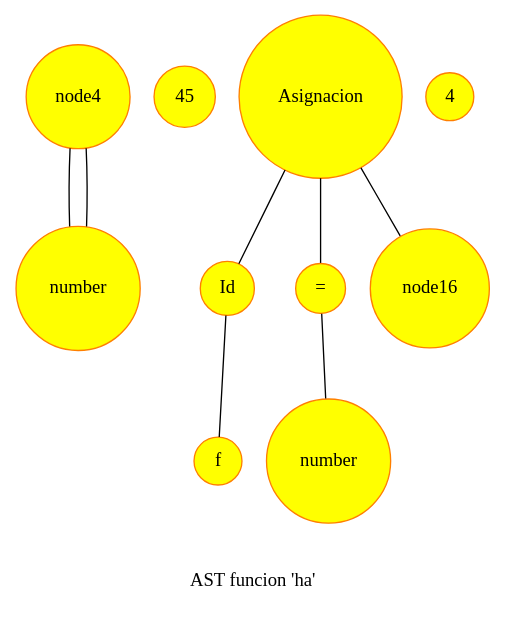
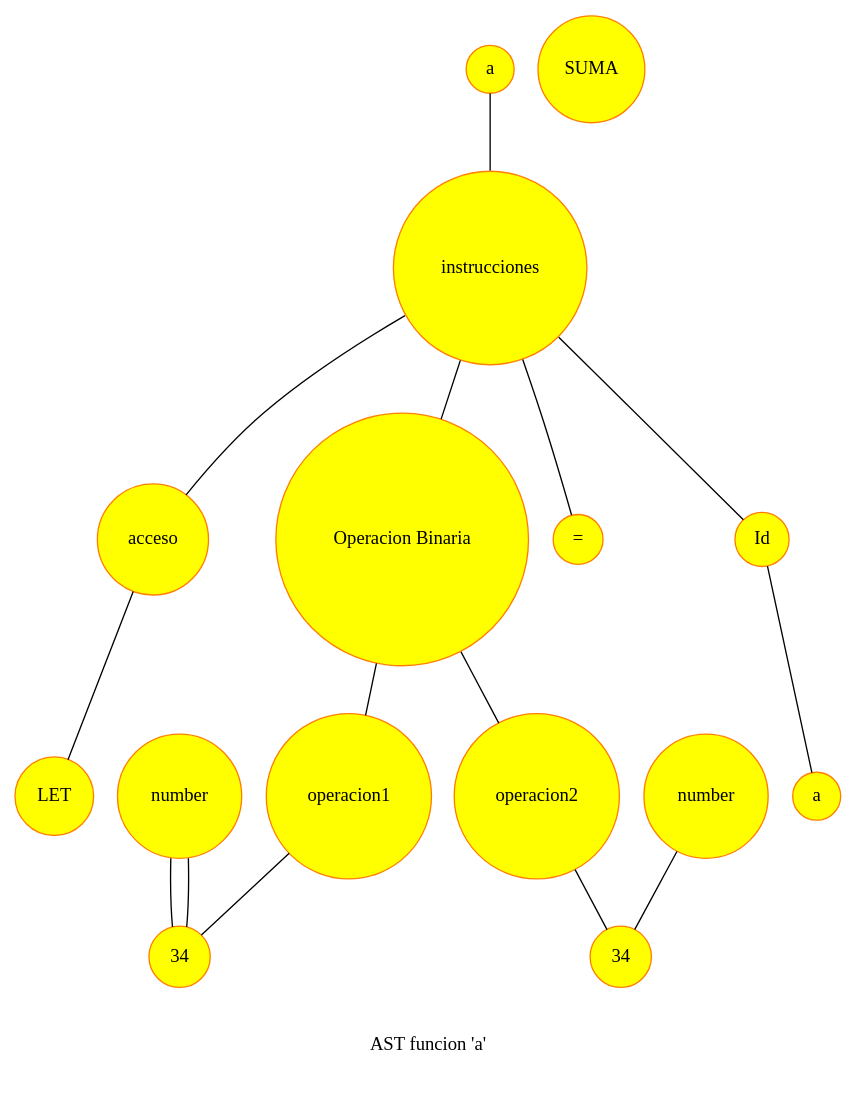
One commit to Peter2510/TypeSecure changed the diagram in TypeSecure/AST.dot. Above: the diagram before and after it, drawn with Graphviz. The commit also changed 7 other files, not shown here.

```diff
--- a/TypeSecure/AST.dot
+++ b/TypeSecure/AST.dot
@@ -1,26 +1,41 @@
 digraph G
 {
 node[shape = circle]
     node[style = filled]
     node[fillcolor = "#FFFF00"]
     node[color = "#FF7F00"]
     edge[color = "#000000",arrowhead=none]
-node5[label="number"]
-node6[label="45"]
-node4->node5
-node9[label="Asignacion"]
-node10[label="Id"]
-node11[label="f"]
-node12[label="="]
-node5[label="number"]
-node6[label="45"]
-node4->node5
+node1[label="Declaracion"]
+node2[label="acceso"]
+node3[label="Id"]
+node4[label="LET"]
+node5[label="a"]
+node6[label="="]
+node7[label="Operacion Binaria"]
+node8[label="operacion1"]
+node9[label="operacion2"]
+node10[label="SUMA"]
+node11[label="number"]
+node12[label="34"]
+node11->node12
+node11[label="number"]
+node12[label="34"]
+node11->node12
 node13[label="number"]
-node14[label="4"]
-node12->node13
-node9->node10
-node10->node11
-node9->node12
-node9->node16
+node14[label="34"]
+node13->node14
+node7->node8
+node8->node12
+node7->node9
+node9->node14
+node1->node2
+node2->node4
+node1->node3
+node3->node5
+node1->node6
+node1->node7
+node0[label="a"]
+node1[label="instrucciones"]
+node0->node1
 
- label="\n\nAST funcion 'ha'\n\n"}
+ label="\n\nAST funcion 'a'\n\n"}
```
